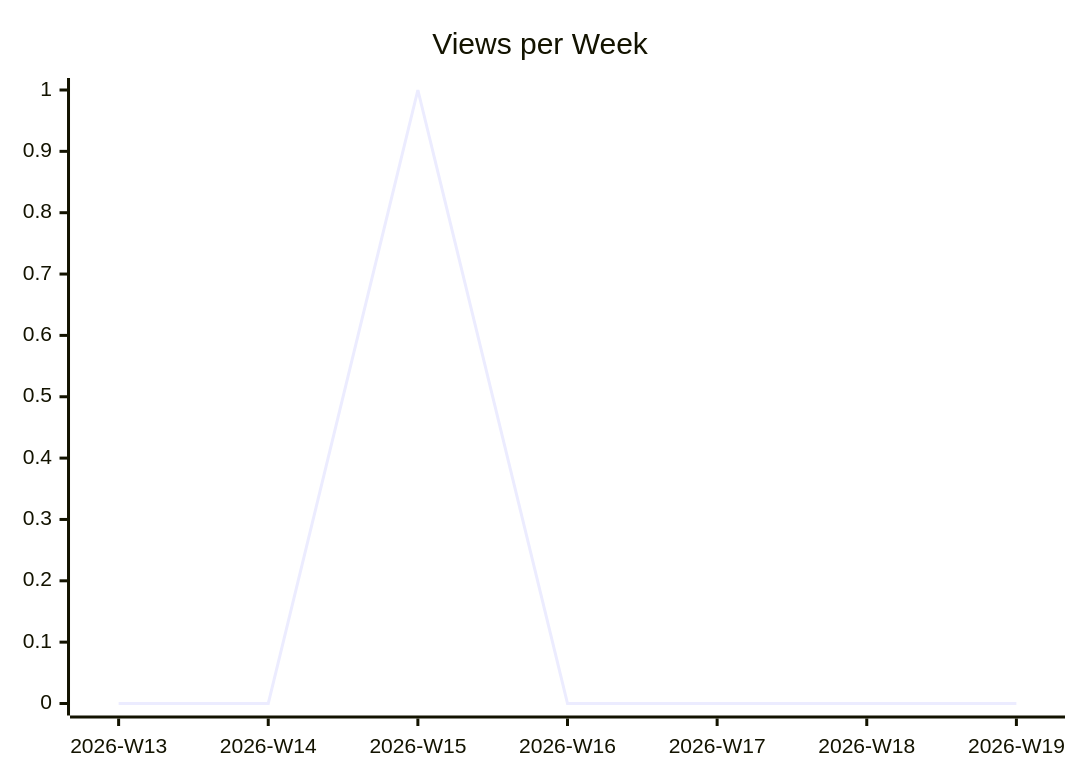
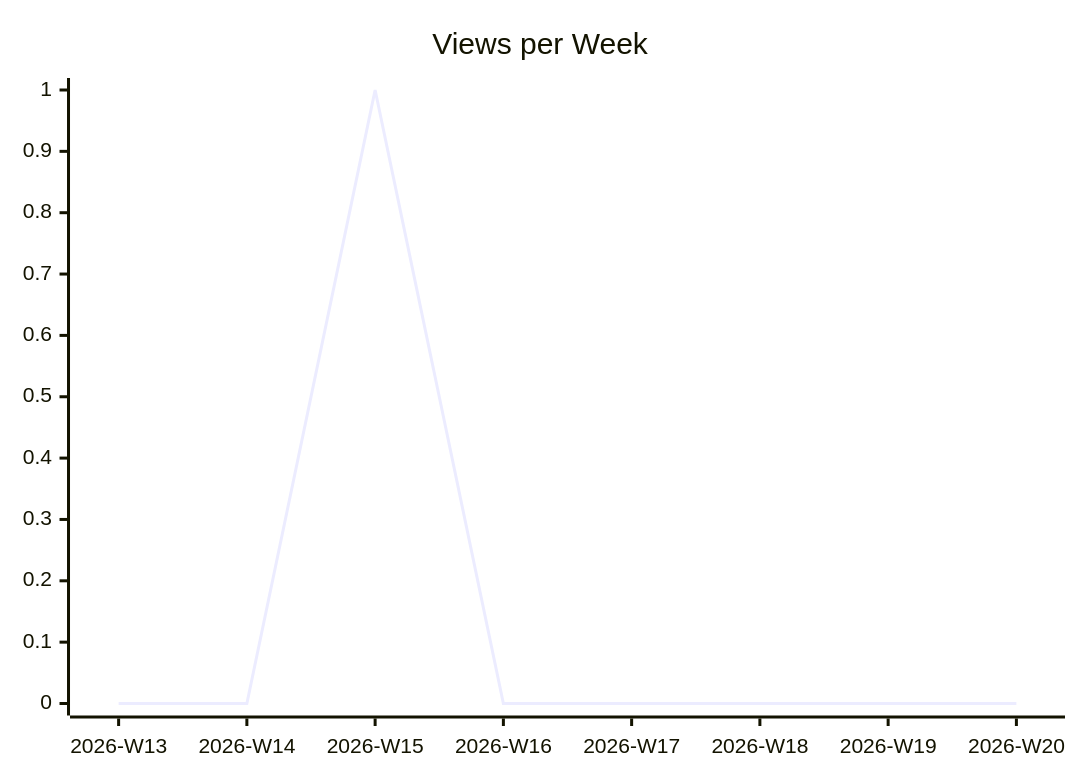
Before and after one commit to justdavis-family/github-analytics-data: the second of 3 diagrams in karlmdavis/obsidian-operator/README.md, drawn with Mermaid. The commit also changed other lines of this file and 176 other files, not shown here.

````diff
--- a/karlmdavis/obsidian-operator/README.md
+++ b/karlmdavis/obsidian-operator/README.md
@@ -12,6 +12,6 @@
 ```mermaid
 xychart-beta
   title "Views per Week"
-  x-axis ["2026-W13", "2026-W14", "2026-W15", "2026-W16", "2026-W17", "2026-W18", "2026-W19"]
-  line [0, 0, 1, 0, 0, 0, 0]
+  x-axis ["2026-W13", "2026-W14", "2026-W15", "2026-W16", "2026-W17", "2026-W18", "2026-W19", "2026-W20"]
+  line [0, 0, 1, 0, 0, 0, 0, 0]
 ```
````
